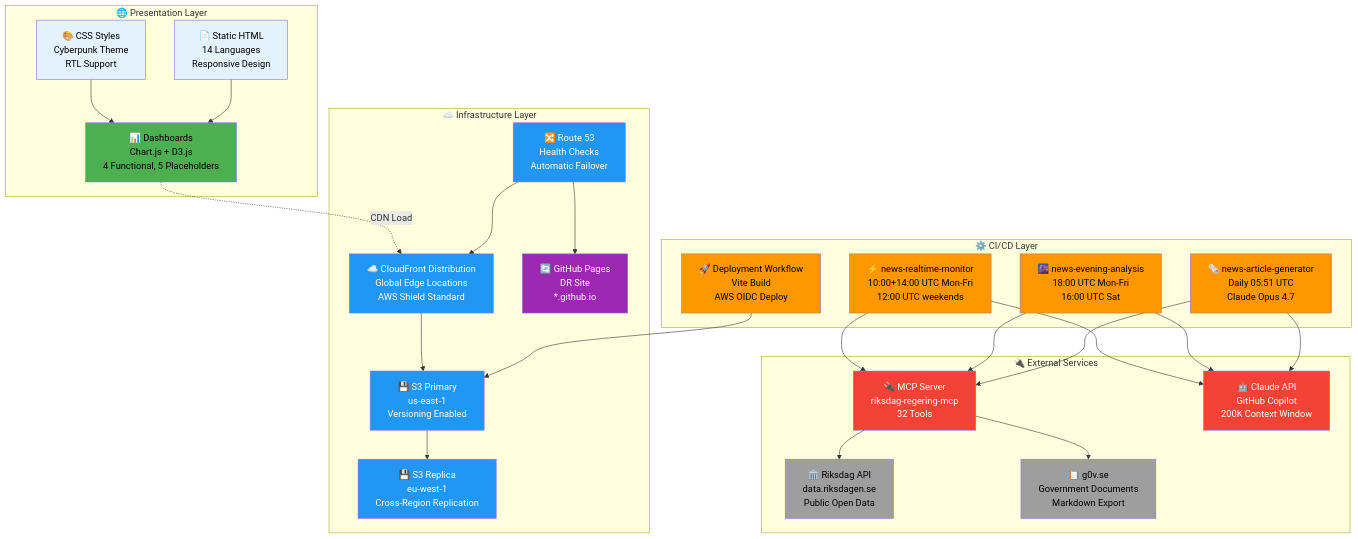
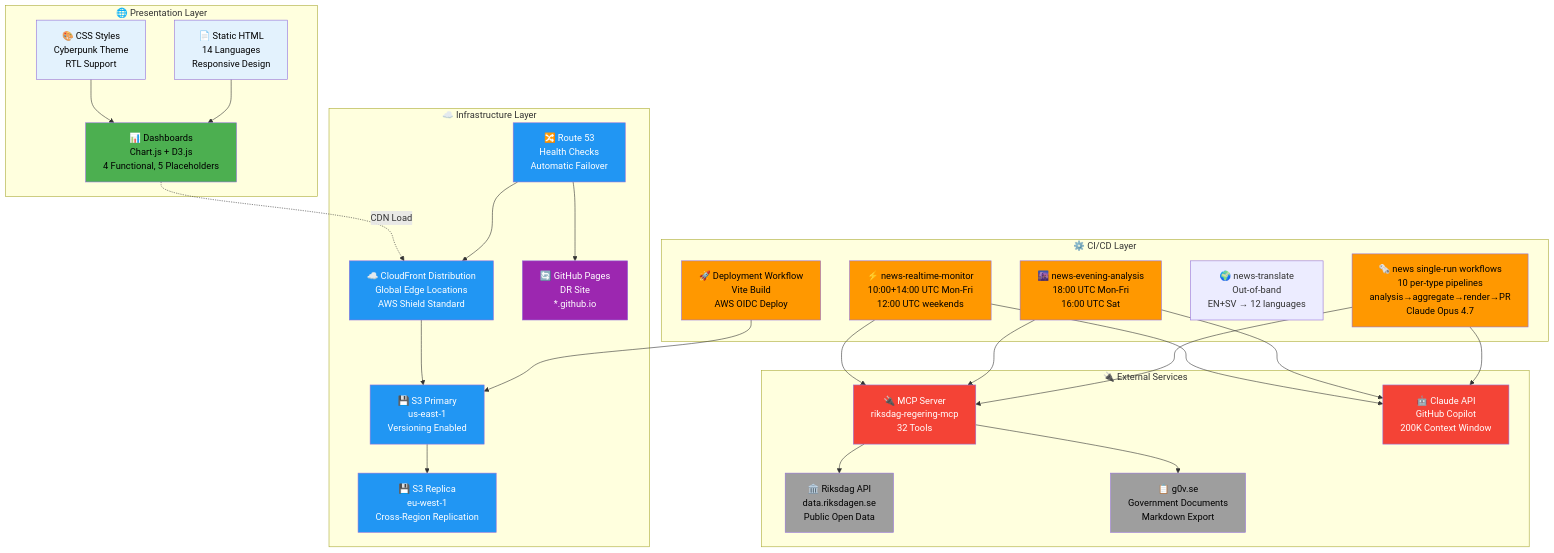
One commit to Hack23/riksdagsmonitor changed the second of 14 diagrams in THREAT_MODEL.md. Above: the diagram before and after it, drawn with Mermaid. The commit also changed other lines of this file and 6 other files, not shown here.

````diff
--- a/THREAT_MODEL.md
+++ b/THREAT_MODEL.md
@@ -330,70 +330,71 @@
 ```mermaid
 graph TB
     subgraph "🌐 Presentation Layer"
         HTML[📄 Static HTML<br/>14 Languages<br/>Responsive Design]
         CSS[🎨 CSS Styles<br/>Cyberpunk Theme<br/>RTL Support]
         Dashboard[📊 Dashboards<br/>Chart.js + D3.js<br/>4 Functional, 5 Placeholders]
     end
     
     subgraph "⚙️ CI/CD Layer"
-        Workflow1[🗞️ news-article-generator<br/>Daily 05:51 UTC<br/>Claude Opus 4.7]
+        Workflow1[🗞️ news single-run workflows<br/>10 per-type pipelines<br/>analysis→aggregate→render→PR<br/>Claude Opus 4.7]
         Workflow2[🌆 news-evening-analysis<br/>18:00 UTC Mon-Fri<br/>16:00 UTC Sat]
         Workflow3[⚡ news-realtime-monitor<br/>10:00+14:00 UTC Mon-Fri<br/>12:00 UTC weekends]
+        Workflow4[🌍 news-translate<br/>Out-of-band<br/>EN+SV → 12 languages]
         Deploy[🚀 Deployment Workflow<br/>Vite Build<br/>AWS OIDC Deploy]
     end
     
     subgraph "☁️ Infrastructure Layer"
         CDN[☁️ CloudFront Distribution<br/>Global Edge Locations<br/>AWS Shield Standard]
         S3Primary[💾 S3 Primary<br/>us-east-1<br/>Versioning Enabled]
         S3Replica[💾 S3 Replica<br/>eu-west-1<br/>Cross-Region Replication]
         DNS[🔀 Route 53<br/>Health Checks<br/>Automatic Failover]
         GHPages[🔄 GitHub Pages<br/>DR Site<br/>*.github.io]
     end
     
     subgraph "🔌 External Services"
         MCP[🔌 MCP Server<br/>riksdag-regering-mcp<br/>32 Tools]
         ClaudeAPI[🤖 Claude API<br/>GitHub Copilot<br/>200K Context Window]
         Riksdag[🏛️ Riksdag API<br/>data.riksdagen.se<br/>Public Open Data]
         G0V[📋 g0v.se<br/>Government Documents<br/>Markdown Export]
     end
     
     HTML --> Dashboard
     CSS --> Dashboard
     
     Workflow1 --> ClaudeAPI
     Workflow2 --> ClaudeAPI
     Workflow3 --> ClaudeAPI
     
     Workflow1 --> MCP
     Workflow2 --> MCP
     Workflow3 --> MCP
     
     Deploy --> S3Primary
     S3Primary --> S3Replica
     
     CDN --> S3Primary
     DNS --> CDN
     DNS --> GHPages
     
     MCP --> Riksdag
     MCP --> G0V
     
     Dashboard -.->|CDN Load| CDN
     
     style HTML fill:#e3f2fd,color:#000
     style CSS fill:#e3f2fd,color:#000
     style Dashboard fill:#4caf50,color:#000
     style Workflow1 fill:#ff9800,color:#000
     style Workflow2 fill:#ff9800,color:#000
     style Workflow3 fill:#ff9800,color:#000
     style Deploy fill:#ff9800,color:#000
     style CDN fill:#2196f3,color:#fff
     style S3Primary fill:#2196f3,color:#fff
     style S3Replica fill:#2196f3,color:#fff
     style DNS fill:#2196f3,color:#fff
     style GHPages fill:#9c27b0,color:#fff
     style MCP fill:#f44336,color:#fff
     style ClaudeAPI fill:#f44336,color:#fff
     style Riksdag fill:#9e9e9e,color:#000
     style G0V fill:#9e9e9e,color:#000
 ```
````
